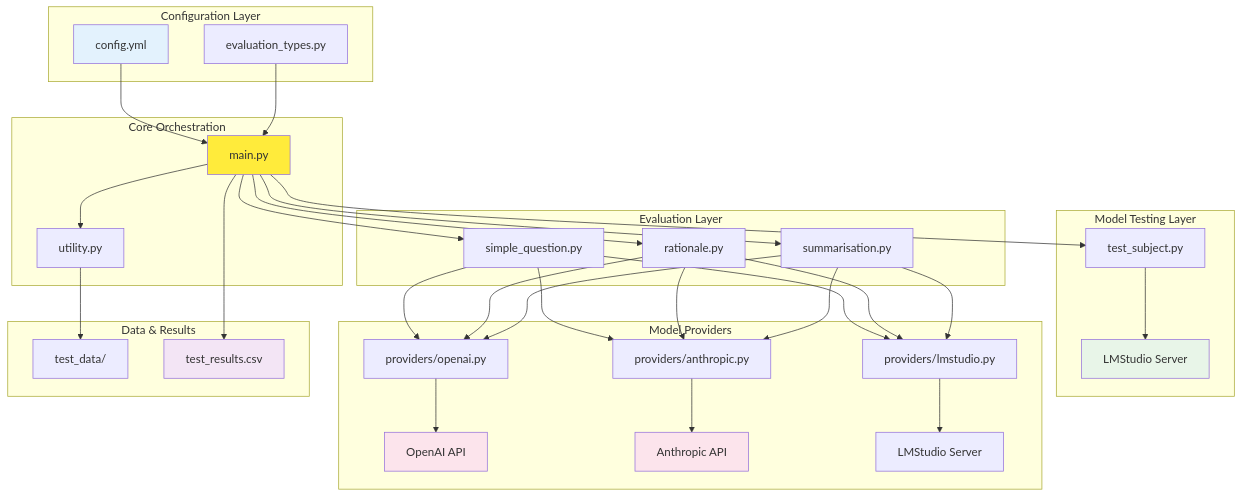
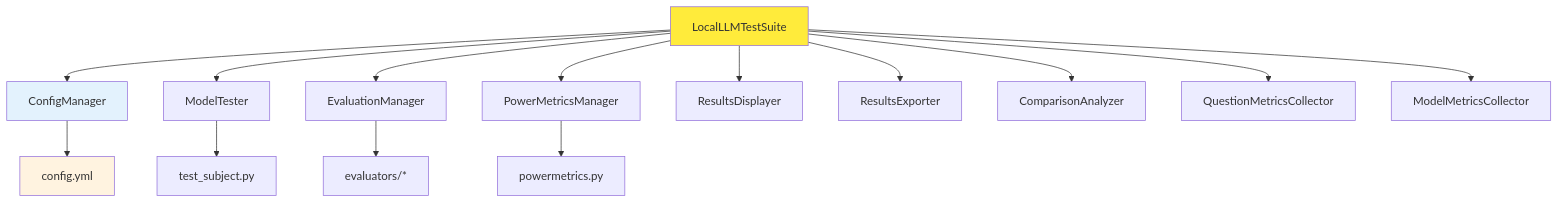
Before and after one commit to dkrees/local-llm-evaluator: the diagram in system_architecture.md, drawn with Mermaid. The commit also changed other lines of this file and 13 other files, not shown here.

````diff
--- a/system_architecture.md
+++ b/system_architecture.md
@@ -290,71 +223,22 @@
 ```mermaid
-graph TB
-    subgraph "Configuration Layer"
-        A[config.yml]
-        B[evaluation_types.py]
-    end
+graph TD
+    A[LocalLLMTestSuite] --> B[ConfigManager]
+    A --> C[ModelTester]
+    A --> D[EvaluationManager]
+    A --> E[PowerMetricsManager]
+    A --> F[ResultsDisplayer]
+    A --> G[ResultsExporter]
+    A --> H[ComparisonAnalyzer]
     
-    subgraph "Core Orchestration"
-        C[main.py]
-        D[utility.py]
-    end
+    A --> I[QuestionMetricsCollector]
+    A --> J[ModelMetricsCollector]
     
-    subgraph "Model Testing Layer"
-        E[test_subject.py]
-        F[LMStudio Server]
-    end
+    B --> K[config.yml]
+    C --> L[test_subject.py]
+    D --> M[evaluators/*]
+    E --> N[powermetrics.py]
     
-    subgraph "Evaluation Layer"
-        G[simple_question.py]
-        H[rationale.py]
-        I[summarisation.py]
-    end
-    
-    subgraph "Model Providers"
-        J[providers/openai.py]
-        K[providers/anthropic.py]
-        J1[providers/lmstudio.py]
-        L[OpenAI API]
-        M[Anthropic API]
-        M1[LMStudio Server]
-    end
-    
-    subgraph "Data & Results"
-        N[test_data/]
-        O[test_results.csv]
-    end
-    
-    A --> C
-    B --> C
-    C --> D
-    C --> E
-    C --> G
-    C --> H
-    C --> I
-    
-    E --> F
-    
-    G --> J
-    G --> K
-    G --> J1
-    H --> J  
-    H --> K
-    H --> J1
-    I --> J
-    I --> K
-    I --> J1
-    
-    J --> L
-    K --> M
-    J1 --> M1
-    
-    D --> N
-    C --> O
-    
-    style C fill:#ffeb3b
-    style A fill:#e3f2fd
-    style F fill:#e8f5e8
-    style L fill:#fce4ec
-    style M fill:#fce4ec
-    style O fill:#f3e5f5
+    style A fill:#ffeb3b
+    style B fill:#e3f2fd
+    style K fill:#fff3e0
 ```
````
